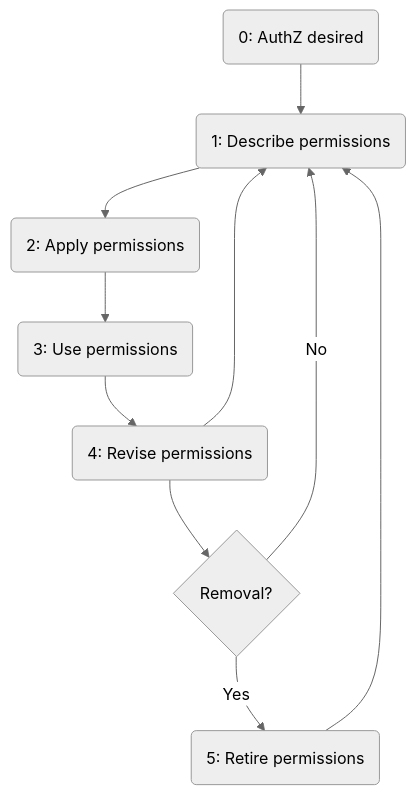
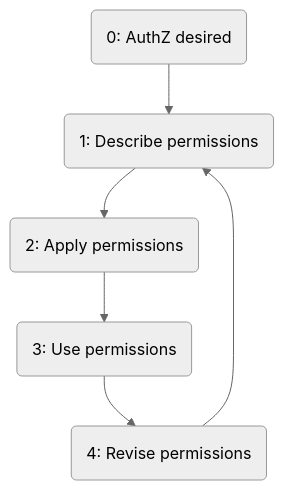
Before and after one commit to department-of-veterans-affairs/va.gov-platform-architecture: the first of 2 diagrams in rfc/2022/2022-06-15 - The permissions lifecycle for platform tools wiill be managed via version control.md, drawn with Mermaid. The commit also changed other lines of this file, not shown here.

Commit message:
Update general lifecycle diagram and notes

````diff
--- a/rfc/2022/2022-06-15 - The permissions lifecycle for platform tools wiill be managed via version control.md
+++ b/rfc/2022/2022-06-15 - The permissions lifecycle for platform tools wiill be managed via version control.md
@@ -25,13 +24,9 @@
 ```mermaid
 %%{init: {'theme': 'neutral'}}%%
 flowchart TD
   init(0: AuthZ desired) --> impl(1: Describe permissions)
   impl --> apply(2: Apply permissions)
   apply --> use(3: Use permissions)
   use --> revise(4: Revise permissions)
-  revise --> is_del{Removal?}
-  is_del --> |Yes| retire(5: Retire permissions)
-  is_del --> |No| impl
   revise --> impl
-  retire --> impl
 ```
````
